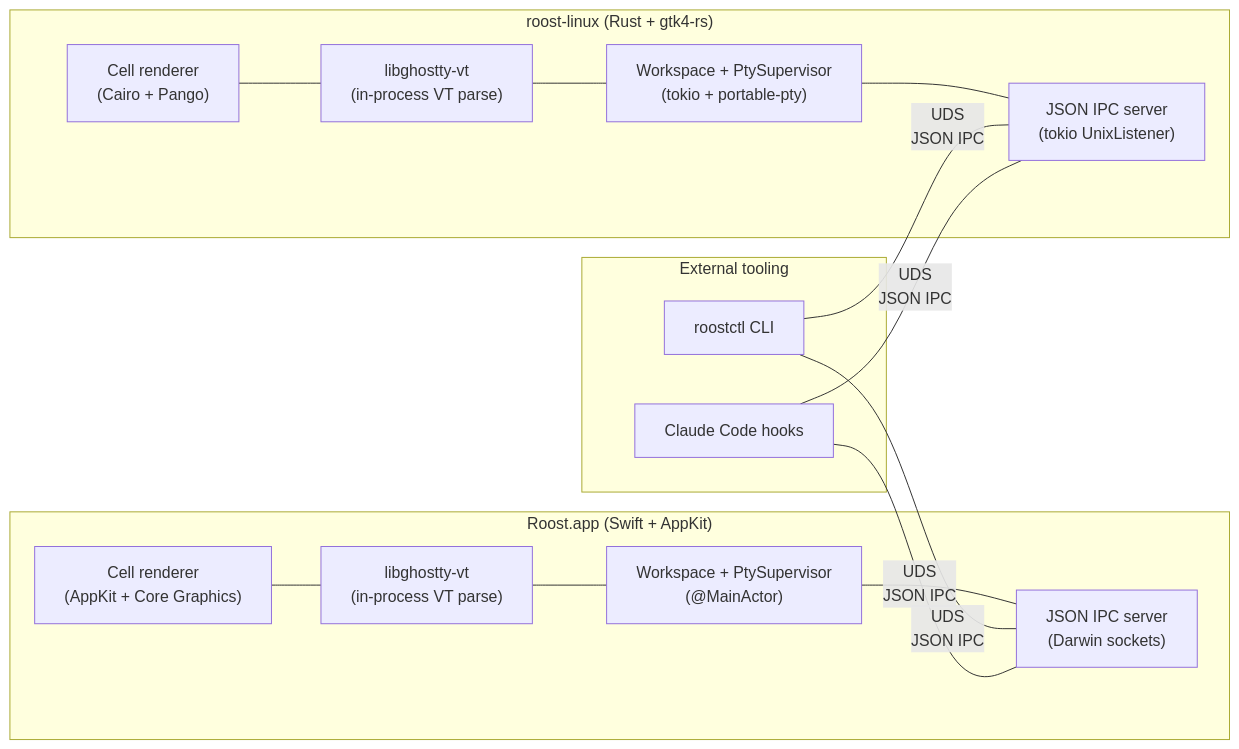
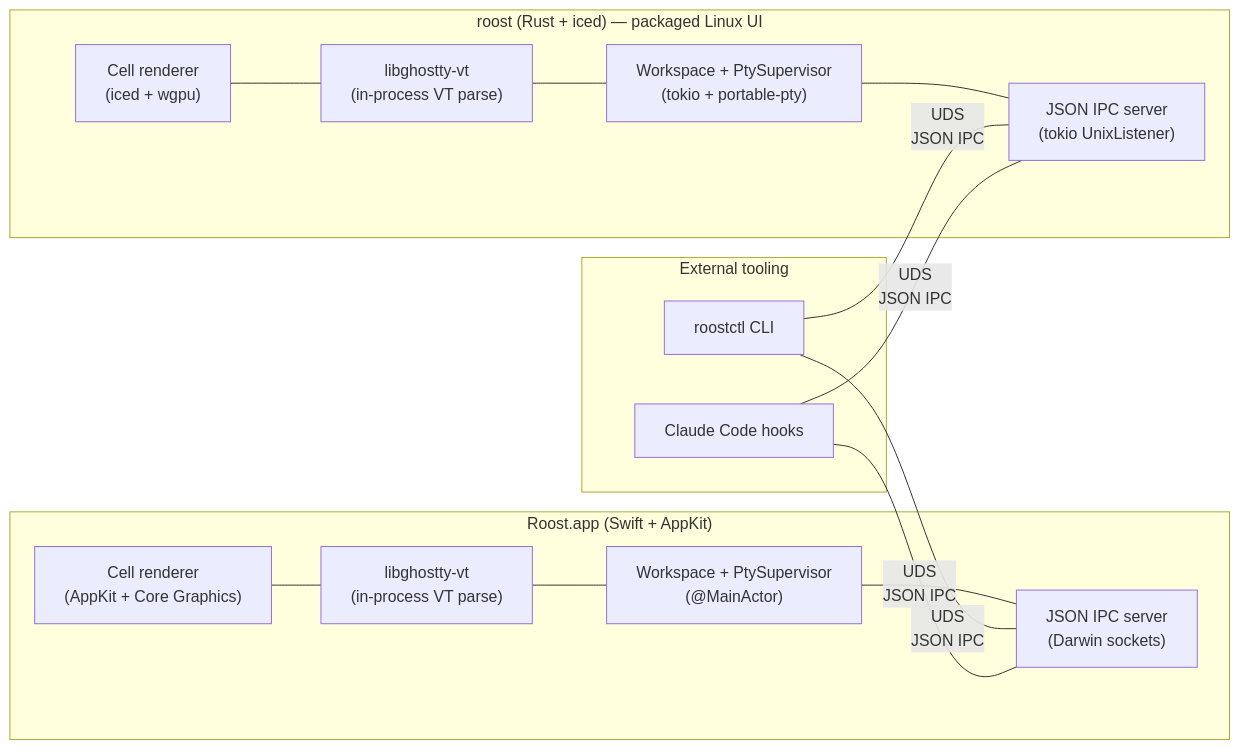
One commit to charliek/roost changed the diagram in docs/development/vision.md. Above: the diagram before and after it, drawn with Mermaid. The commit also changed other lines of this file and 13 other files, not shown here.

````diff
--- a/docs/development/vision.md
+++ b/docs/development/vision.md
@@ -123,30 +125,30 @@
 ```mermaid
 flowchart LR
   subgraph MacApp["Roost.app (Swift + AppKit)"]
     macView["Cell renderer<br/>(AppKit + Core Graphics)"]
     macVT["libghostty-vt<br/>(in-process VT parse)"]
     macWS["Workspace + PtySupervisor<br/>(@MainActor)"]
     macIPC["JSON IPC server<br/>(Darwin sockets)"]
     macView --- macVT --- macWS
     macWS --- macIPC
   end
 
-  subgraph LinuxApp["roost-linux (Rust + gtk4-rs)"]
-    linuxView["Cell renderer<br/>(Cairo + Pango)"]
+  subgraph LinuxApp["roost (Rust + iced) — packaged Linux UI"]
+    linuxView["Cell renderer<br/>(iced + wgpu)"]
     linuxVT["libghostty-vt<br/>(in-process VT parse)"]
     linuxWS["Workspace + PtySupervisor<br/>(tokio + portable-pty)"]
     linuxIPC["JSON IPC server<br/>(tokio UnixListener)"]
     linuxView --- linuxVT --- linuxWS
     linuxWS --- linuxIPC
   end
 
   subgraph External["External tooling"]
     roostctl["roostctl CLI"]
     claude["Claude Code hooks"]
   end
 
   roostctl -- "UDS<br/>JSON IPC" --- macIPC
   roostctl -- "UDS<br/>JSON IPC" --- linuxIPC
   claude -- "UDS<br/>JSON IPC" --- macIPC
   claude -- "UDS<br/>JSON IPC" --- linuxIPC
 ```
````
